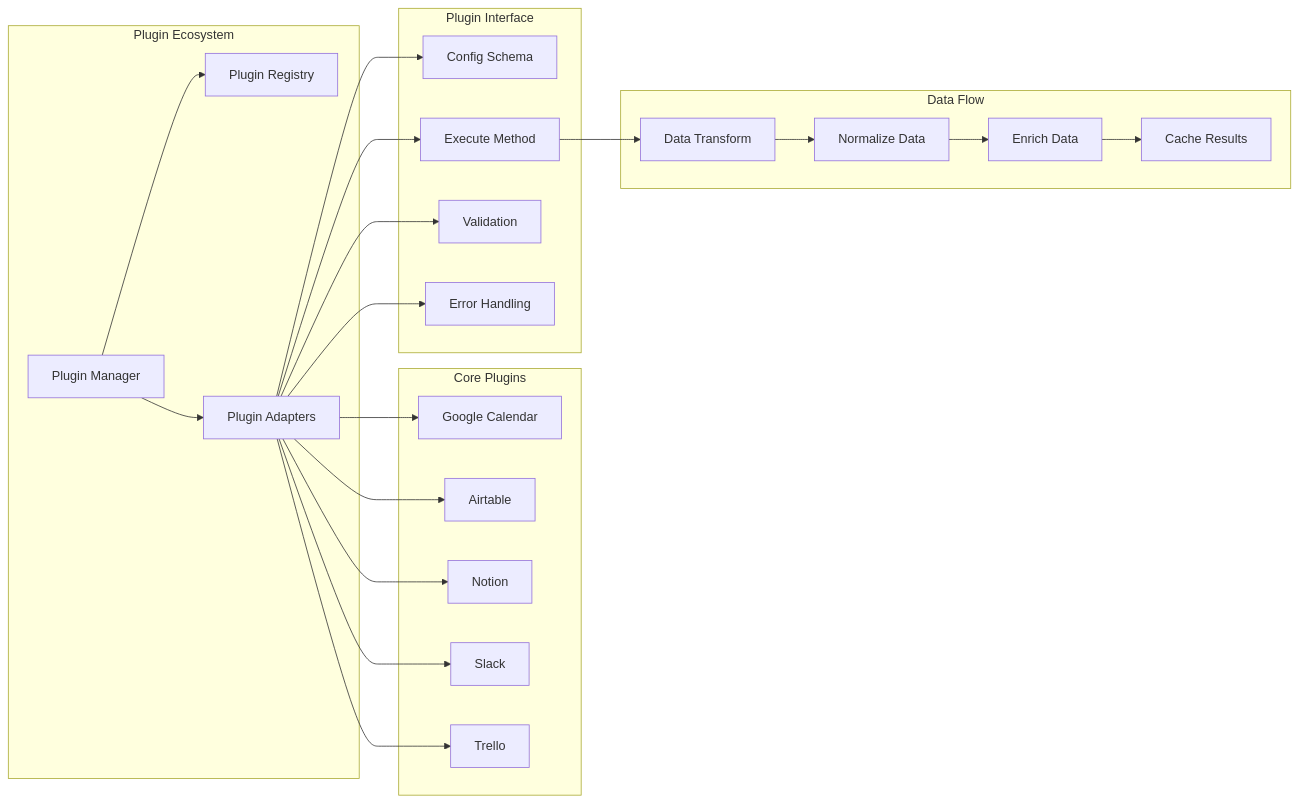
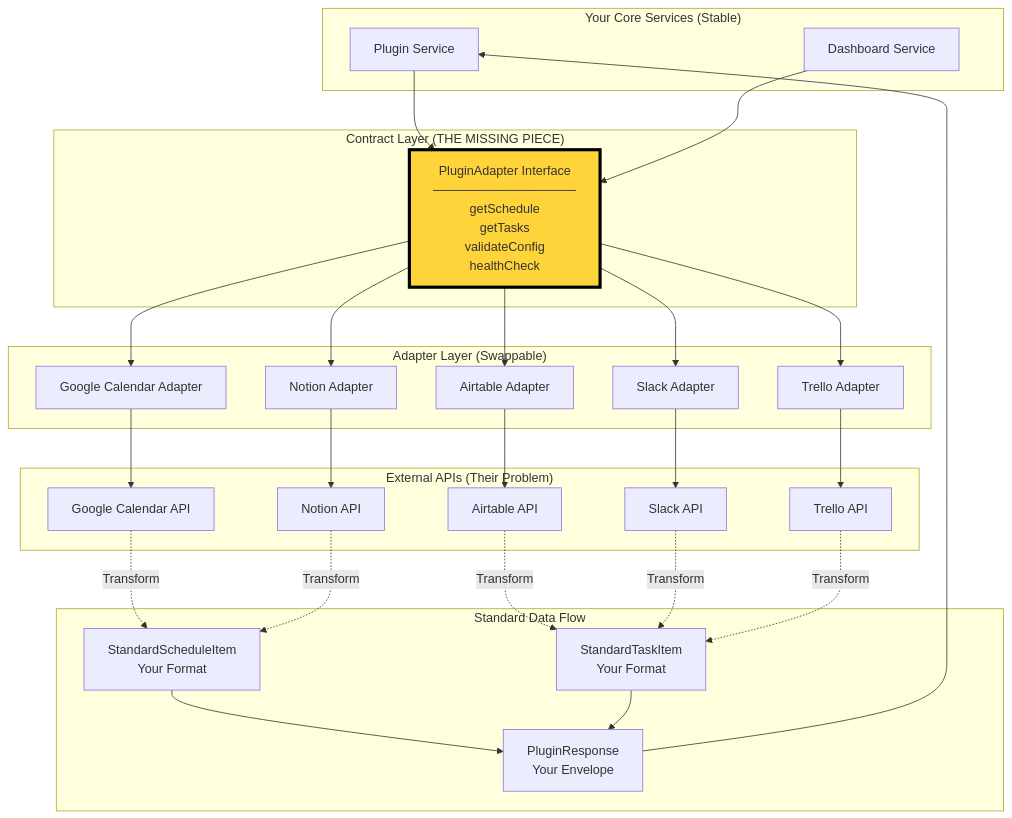
One commit to SlySlayer32/dashboard-link-saas changed the second of 17 diagrams in ARCHITECTURE_BLUEPRINT.md. Above: the diagram before and after it, drawn with Mermaid. The commit also changed other lines of this file and 90 other files, not shown here.

````diff
--- a/ARCHITECTURE_BLUEPRINT.md
+++ b/ARCHITECTURE_BLUEPRINT.md
@@ -100,51 +112,63 @@
 ```mermaid
-graph LR
-    subgraph "Plugin Ecosystem"
-        Registry[Plugin Registry]
-        Manager[Plugin Manager]
-        Adapters[Plugin Adapters]
+graph TB
+    subgraph "Your Core Services (Stable)"
+        PluginService[Plugin Service]
+        DashboardService[Dashboard Service]
+    end
+    
+    subgraph "Contract Layer (THE MISSING PIECE)"
+        style PluginContract fill:#ffd43b,stroke:#000,stroke-width:4px
+        PluginContract[PluginAdapter Interface<br/>────────────────<br/>getSchedule<br/>getTasks<br/>validateConfig<br/>healthCheck]
+    end
+    
+    subgraph "Adapter Layer (Swappable)"
+        GoogleAdapter[Google Calendar Adapter]
+        AirtableAdapter[Airtable Adapter]
+        NotionAdapter[Notion Adapter]
+        SlackAdapter[Slack Adapter]
+        TrelloAdapter[Trello Adapter]
+    end
+    
+    subgraph "External APIs (Their Problem)"
+        GoogleAPI[Google Calendar API]
+        AirtableAPI[Airtable API]
+        NotionAPI[Notion API]
+        SlackAPI[Slack API]
+        TrelloAPI[Trello API]
+    end
+    
+    subgraph "Standard Data Flow"
+        StandardSchedule[StandardScheduleItem<br/>Your Format]
+        StandardTasks[StandardTaskItem<br/>Your Format]
+        PluginResponse[PluginResponse<br/>Your Envelope]
     end
 
-    subgraph "Core Plugins"
-        GoogleCalendar[Google Calendar]
-        Airtable[Airtable]
-        Notion[Notion]
-        Slack[Slack]
-        Trello[Trello]
-    end
-
-    subgraph "Plugin Interface"
-        Config[Config Schema]
-        Execute[Execute Method]
-        Validate[Validation]
-        Error[Error Handling]
-    end
-
-    subgraph "Data Flow"
-        Transform[Data Transform]
-        Normalize[Normalize Data]
-        Enrich[Enrich Data]
-        Cache[Cache Results]
-    end
-
-    %% Plugin Management
-    Manager --> Registry
-    Manager --> Adapters
-    Adapters --> Config
-    Adapters --> Execute
-    Adapters --> Validate
-    Adapters --> Error
-
-    %% Plugin Implementations
-    Adapters --> GoogleCalendar
-    Adapters --> Airtable
-    Adapters --> Notion
-    Adapters --> Slack
-    Adapters --> Trello
-
-    %% Data Processing
-    Execute --> Transform
-    Transform --> Normalize
-    Normalize --> Enrich
-    Enrich --> Cache
+    %% Service to Contract
+    PluginService --> PluginContract
+    DashboardService --> PluginContract
+    
+    %% Contract to Adapters
+    PluginContract --> GoogleAdapter
+    PluginContract --> AirtableAdapter
+    PluginContract --> NotionAdapter
+    PluginContract --> SlackAdapter
+    PluginContract --> TrelloAdapter
+    
+    %% Adapters to External APIs
+    GoogleAdapter --> GoogleAPI
+    AirtableAdapter --> AirtableAPI
+    NotionAdapter --> NotionAPI
+    SlackAdapter --> SlackAPI
+    TrelloAdapter --> TrelloAPI
+    
+    %% Data Transformation Flow
+    GoogleAPI -.->|Transform| StandardSchedule
+    AirtableAPI -.->|Transform| StandardTasks
+    NotionAPI -.->|Transform| StandardSchedule
+    SlackAPI -.->|Transform| StandardTasks
+    TrelloAPI -.->|Transform| StandardTasks
+    
+    StandardSchedule --> PluginResponse
+    StandardTasks --> PluginResponse
+    PluginResponse --> PluginService
 ```
````
